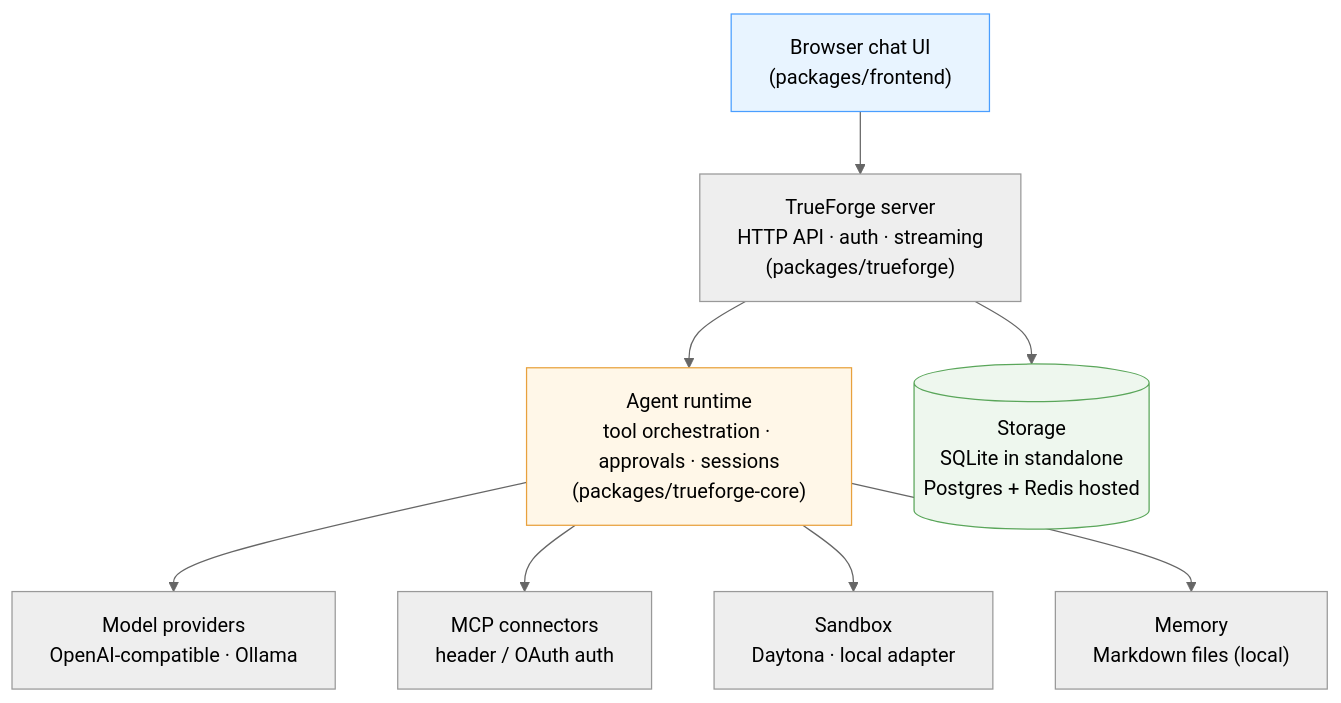
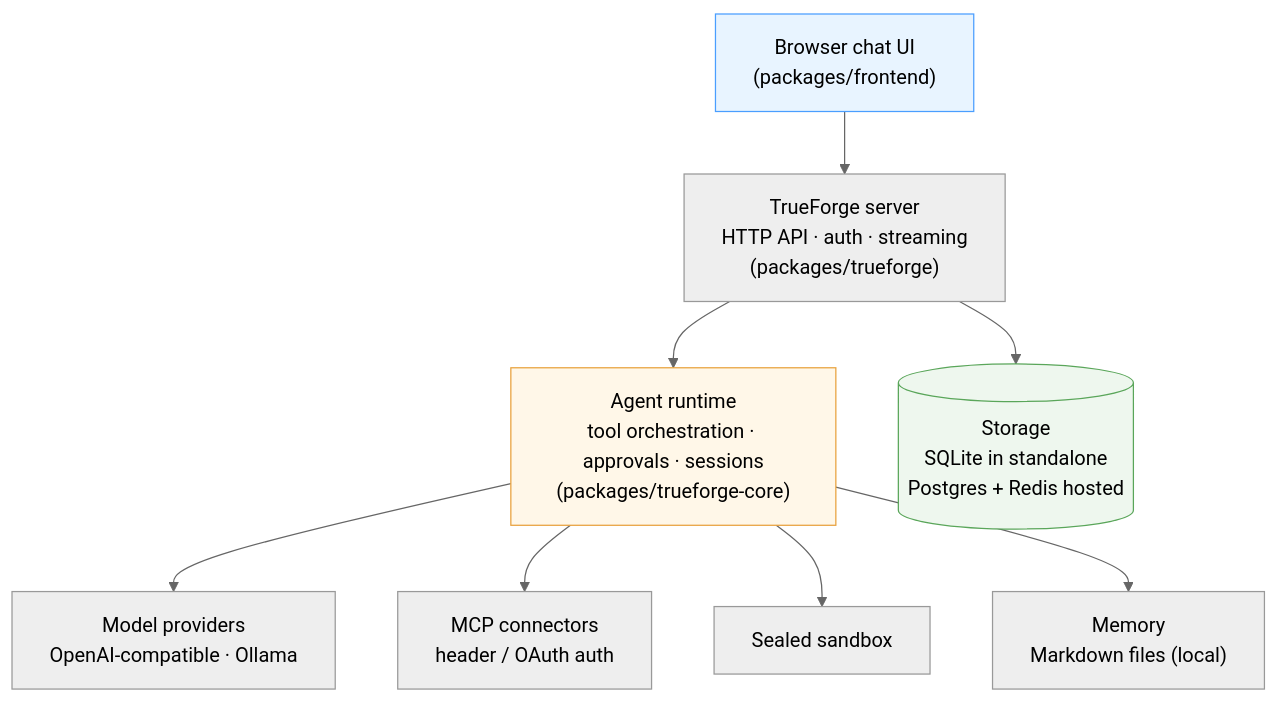
The diagram in README.md (ClimbOutLabs/amanuensis), drawn with Mermaid (neutral theme) before and after one commit. The commit also changed other lines of this file and 19 other files, not shown here.

First line of the commit message:
Make the sealed sandbox slots the default sandbox

````diff
--- a/README.md
+++ b/README.md
@@ -46,22 +46,22 @@
 ```mermaid
 flowchart TB
     Browser["Browser chat UI<br/>(packages/frontend)"]
     Server["TrueForge server<br/>HTTP API · auth · streaming<br/>(packages/trueforge)"]
     Runtime["Agent runtime<br/>tool orchestration · approvals · sessions<br/>(packages/trueforge-core)"]
     Models["Model providers<br/>OpenAI-compatible · Ollama"]
     MCP["MCP connectors<br/>header / OAuth auth"]
-    Sandbox["Sandbox<br/>Daytona · local adapter"]
+    Sandbox["Sealed sandbox"]
     Memory["Memory<br/>Markdown files (local)"]
     Storage[("Storage<br/>SQLite in standalone<br/>Postgres + Redis hosted")]
 
     Browser --> Server --> Runtime
     Runtime --> Models
     Runtime --> MCP
     Runtime --> Sandbox
     Runtime --> Memory
     Server --> Storage
 
     style Browser fill:#e8f4ff,stroke:#4a9eff
     style Runtime fill:#fff7e8,stroke:#e8a13d
     style Storage fill:#eef7ee,stroke:#5aa65a
 ```
````
